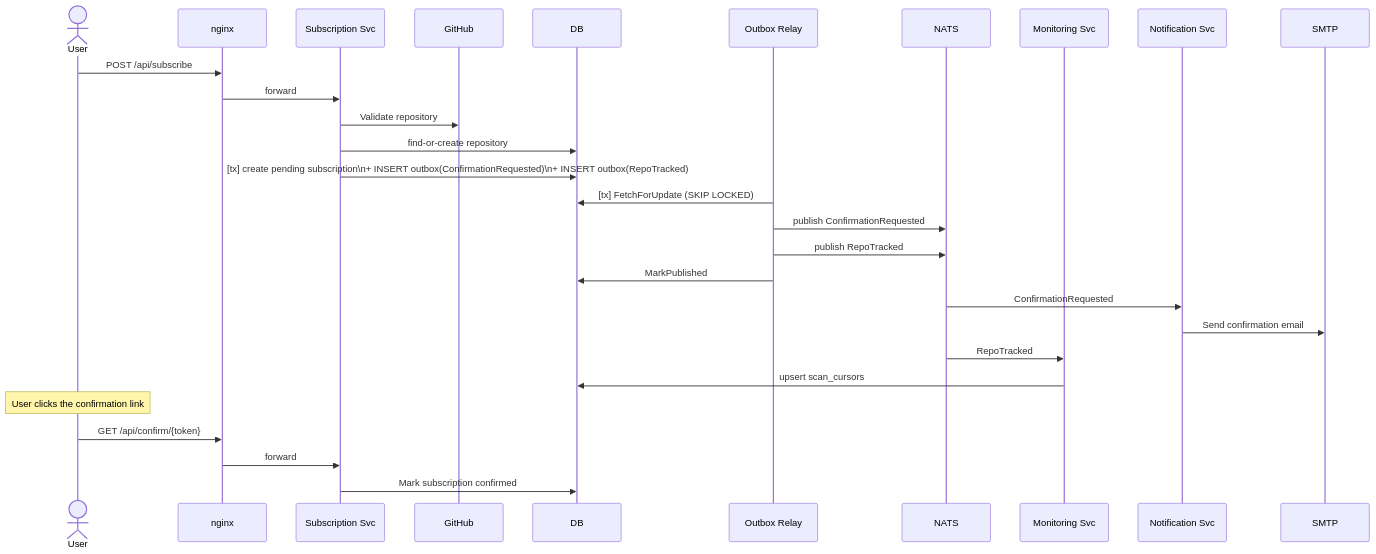
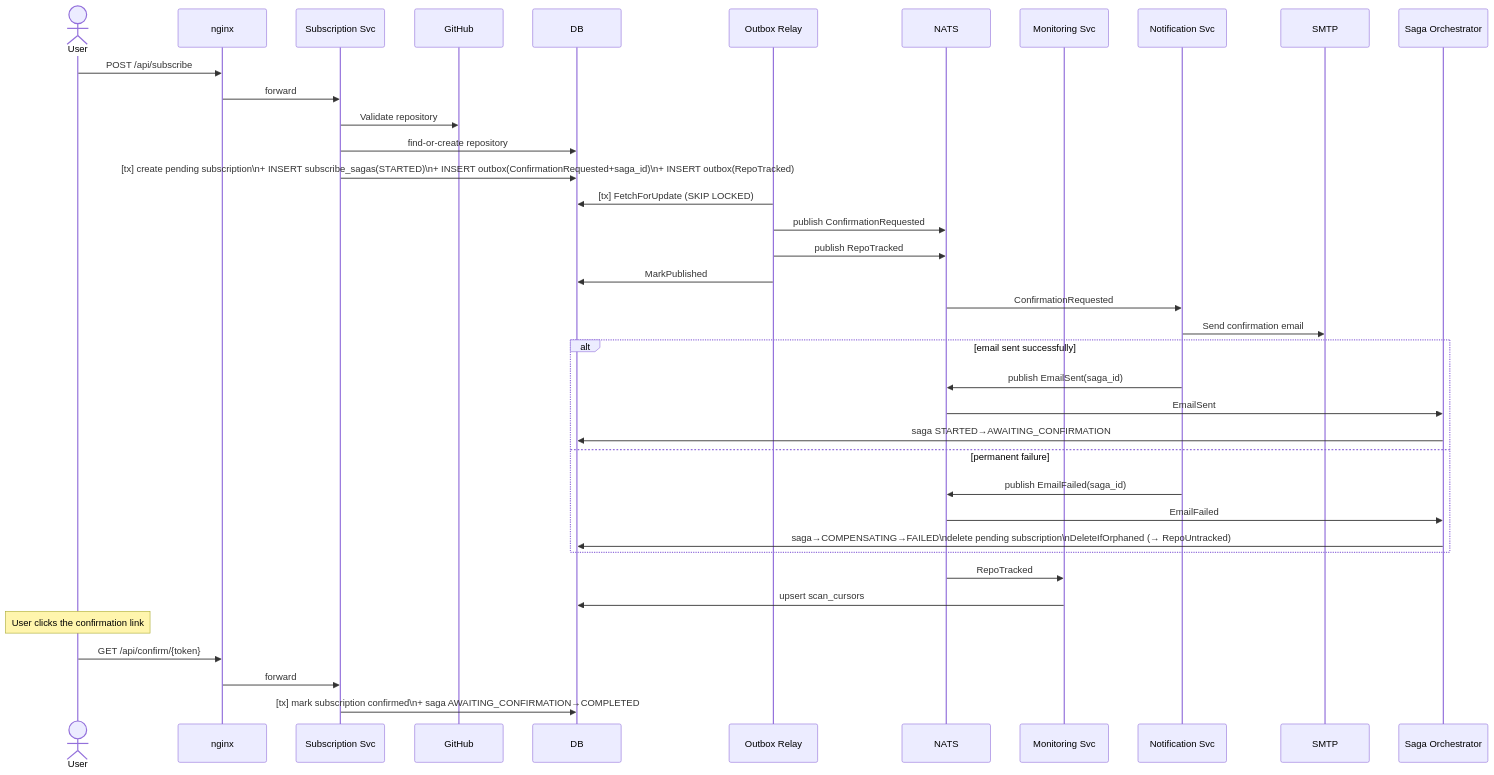
The second of 7 diagrams in docs/SDD.md (GenesisEducationKyiv/software-engineering-school-6-0-RodionShapoval5758), drawn with Mermaid before and after one commit. The commit also changed other lines of this file and 1 other file, not shown here.

Commit message:
docs: update SDD diagrams and add saga implementation report

````diff
--- a/docs/SDD.md
+++ b/docs/SDD.md
@@ -133,35 +145,45 @@
 ```mermaid
 sequenceDiagram
     actor User
     participant nginx
     participant Sub as Subscription Svc
     participant GitHub
     participant DB
     participant Relay as Outbox Relay
     participant NATS
     participant Mon as Monitoring Svc
     participant Notif as Notification Svc
     participant SMTP
+    participant Saga as Saga Orchestrator
 
     User->>nginx: POST /api/subscribe
     nginx->>Sub: forward
     Sub->>GitHub: Validate repository
     Sub->>DB: find-or-create repository
-    Sub->>DB: [tx] create pending subscription\n+ INSERT outbox(ConfirmationRequested)\n+ INSERT outbox(RepoTracked)
+    Sub->>DB: [tx] create pending subscription\n+ INSERT subscribe_sagas(STARTED)\n+ INSERT outbox(ConfirmationRequested+saga_id)\n+ INSERT outbox(RepoTracked)
 
     Relay->>DB: [tx] FetchForUpdate (SKIP LOCKED)
     Relay->>NATS: publish ConfirmationRequested
     Relay->>NATS: publish RepoTracked
     Relay->>DB: MarkPublished
 
     NATS->>Notif: ConfirmationRequested
     Notif->>SMTP: Send confirmation email
+    alt email sent successfully
+        Notif->>NATS: publish EmailSent(saga_id)
+        NATS->>Saga: EmailSent
+        Saga->>DB: saga STARTED→AWAITING_CONFIRMATION
+    else permanent failure
+        Notif->>NATS: publish EmailFailed(saga_id)
+        NATS->>Saga: EmailFailed
+        Saga->>DB: saga→COMPENSATING→FAILED\ndelete pending subscription\nDeleteIfOrphaned (→ RepoUntracked)
+    end
 
     NATS->>Mon: RepoTracked
     Mon->>DB: upsert scan_cursors
 
     Note over User: User clicks the confirmation link
     User->>nginx: GET /api/confirm/{token}
     nginx->>Sub: forward
-    Sub->>DB: Mark subscription confirmed
+    Sub->>DB: [tx] mark subscription confirmed\n+ saga AWAITING_CONFIRMATION→COMPLETED
 ```
````
